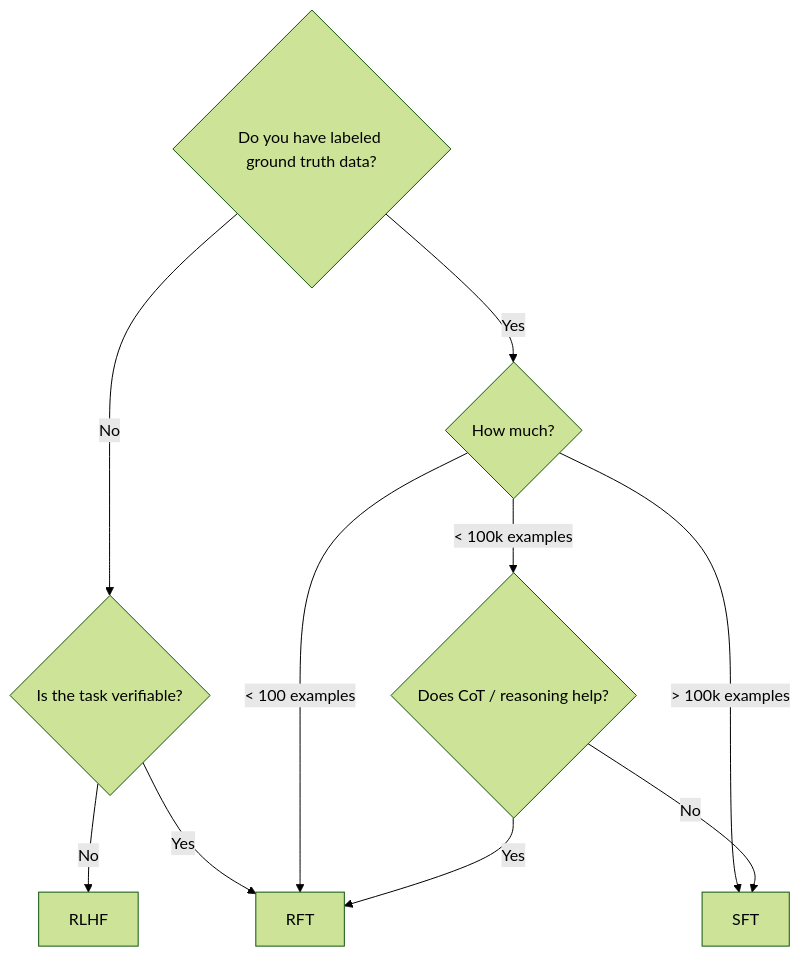
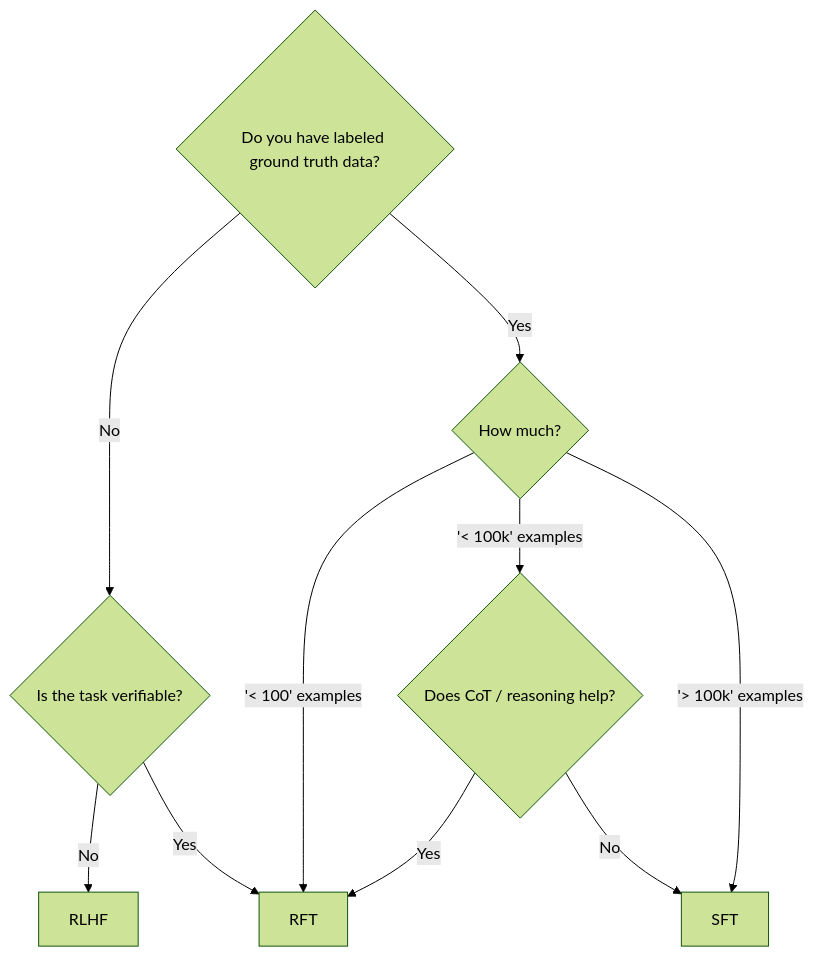
One commit to sharmilisrinivasan/MachineLearning changed the diagram in grpo/README.md. Above: the diagram before and after it, drawn with Mermaid (forest theme).

Commit message:
GRPO-README- Fixes

````diff
--- a/grpo/README.md
+++ b/grpo/README.md
@@ -64,13 +64,13 @@
 ```mermaid
 graph TD
     A{Do you have labeled ground truth data?}
     A -->|No| B{Is the task verifiable?}
     B -->|No| RLHF[RLHF]
     B -->|Yes| RFT[RFT]
     A -->|Yes| C{How much?}
-    C -->|< 100 examples| RFT
-    C -->|> 100k examples| SFT[SFT]
-    C -->|< 100k examples| D{Does CoT / reasoning help?}
+    C -->|'< 100' examples| RFT
+    C -->|'< 100k' examples| D{Does CoT / reasoning help?}
     D -->|Yes| RFT
     D -->|No| SFT
+    C -->|'> 100k' examples| SFT[SFT]
 ```
````
